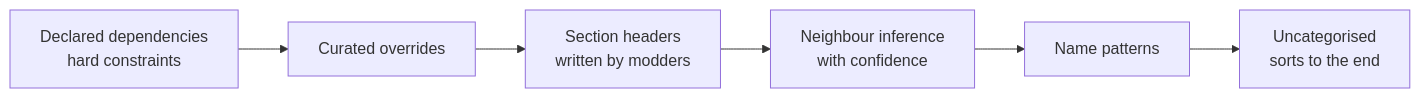
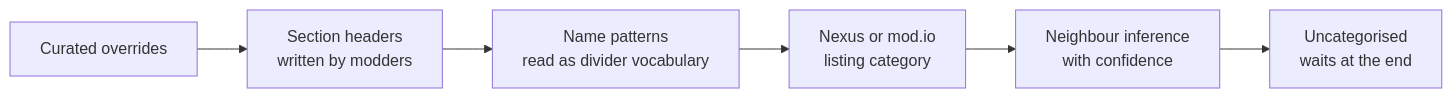
Before and after one commit to Moonie8t7/VOLO: the second of 2 diagrams in docs/architecture.md, drawn with Mermaid. The commit also changed other lines of this file and 20 other files, not shown here.

````diff
--- a/docs/architecture.md
+++ b/docs/architecture.md
@@ -47,8 +47,8 @@
 ```mermaid
 flowchart LR
-    A["Declared dependencies<br/>hard constraints"] --> B["Curated overrides"]
-    B --> C["Section headers<br/>written by modders"]
-    C --> D["Neighbour inference<br/>with confidence"]
-    D --> E["Name patterns"]
-    E --> F["Uncategorised<br/>sorts to the end"]
+    A["Curated overrides"] --> B["Section headers<br/>written by modders"]
+    B --> C["Name patterns<br/>read as divider vocabulary"]
+    C --> D["Nexus or mod.io<br/>listing category"]
+    D --> E["Neighbour inference<br/>with confidence"]
+    E --> F["Uncategorised<br/>waits at the end"]
 ```
````
